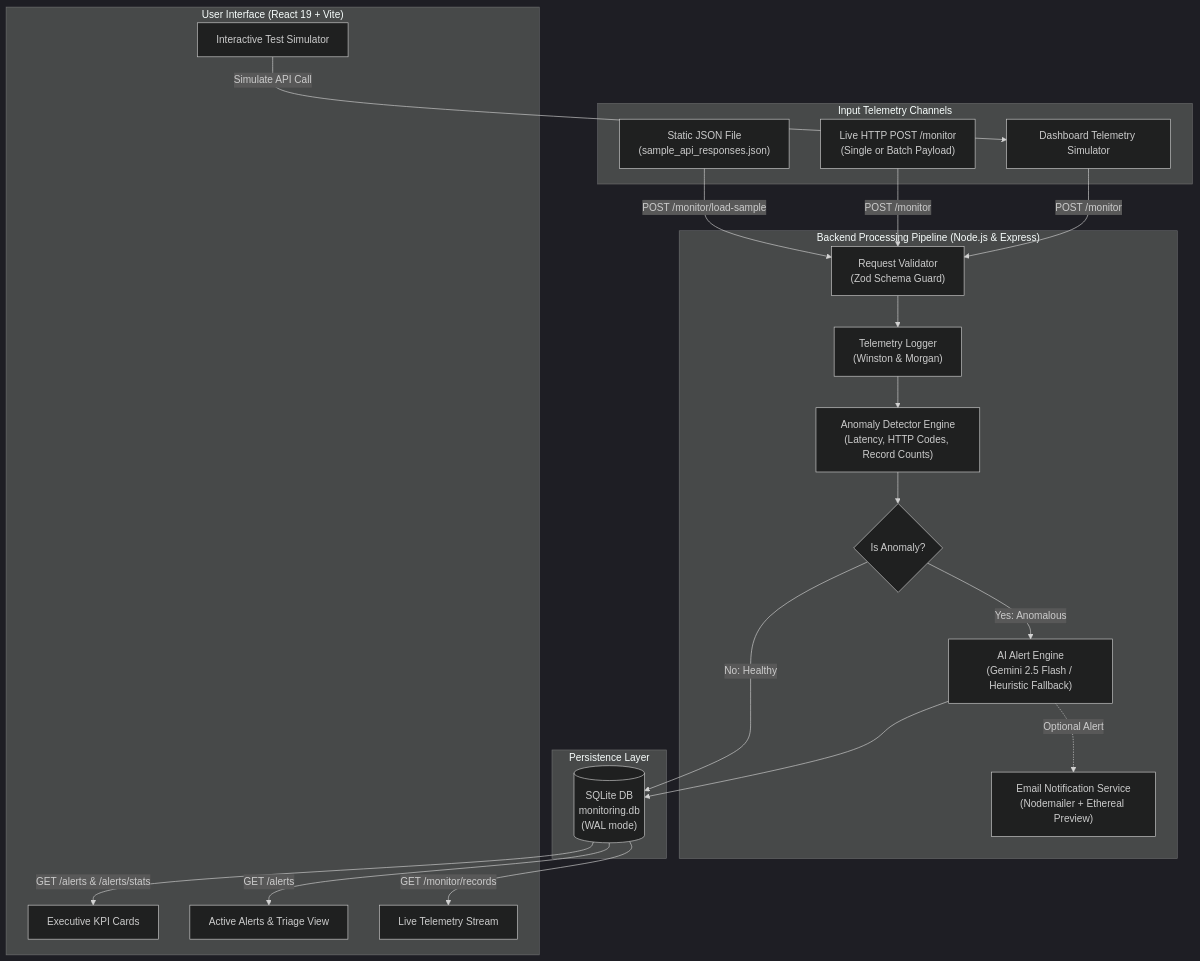
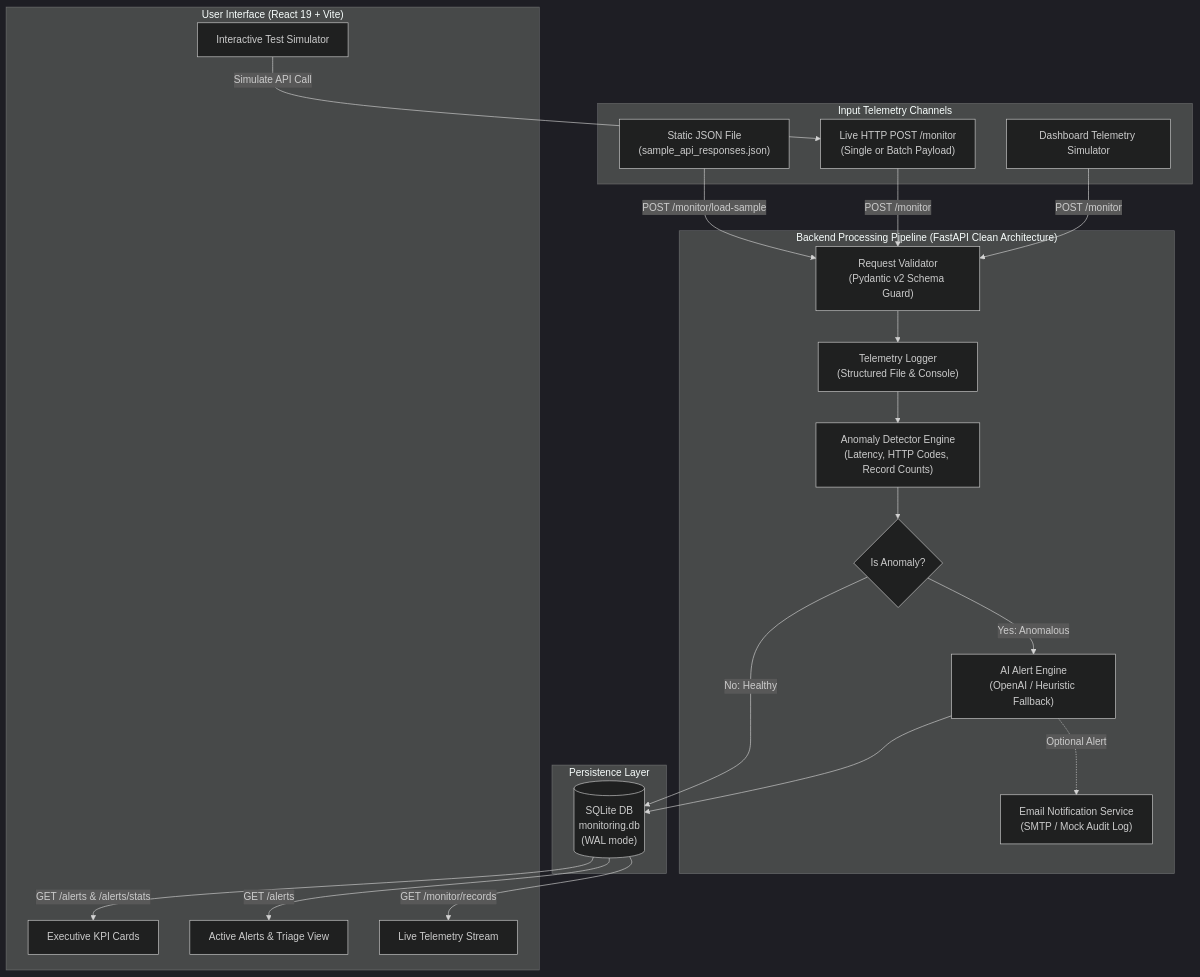
The diagram in README.md (Shah-Abdul-Mazid/Intelligent-API-Monitoring---Alert-System), drawn with Mermaid (dark theme) before and after one commit. The commit also changed other lines of this file and 44 other files, not shown here.

````diff
--- a/README.md
+++ b/README.md
@@ -46,47 +46,47 @@
 ```mermaid
 flowchart TD
     subgraph Inputs ["Input Telemetry Channels"]
         A1["Static JSON File\n(sample_api_responses.json)"]
         A2["Live HTTP POST /monitor\n(Single or Batch Payload)"]
         A3["Dashboard Telemetry Simulator"]
     end
 
-    subgraph Backend ["Backend Processing Pipeline (Node.js & Express)"]
-        B1["Request Validator\n(Zod Schema Guard)"]
-        B2["Telemetry Logger\n(Winston & Morgan)"]
+    subgraph Backend ["Backend Processing Pipeline (FastAPI Clean Architecture)"]
+        B1["Request Validator\n(Pydantic v2 Schema Guard)"]
+        B2["Telemetry Logger\n(Structured File & Console)"]
         B3["Anomaly Detector Engine\n(Latency, HTTP Codes, Record Counts)"]
         B4{"Is Anomaly?"}
-        B5["AI Alert Engine\n(Gemini 2.5 Flash / Heuristic Fallback)"]
-        B6["Email Notification Service\n(Nodemailer + Ethereal Preview)"]
+        B5["AI Alert Engine\n(OpenAI / Heuristic Fallback)"]
+        B6["Email Notification Service\n(SMTP / Mock Audit Log)"]
     end
 
     subgraph Storage ["Persistence Layer"]
         C1[("SQLite DB\nmonitoring.db\n(WAL mode)")]
     end
 
     subgraph Frontend ["User Interface (React 19 + Vite)"]
         D1["Executive KPI Cards"]
         D2["Active Alerts & Triage View"]
         D3["Live Telemetry Stream"]
         D4["Interactive Test Simulator"]
     end
 
     A1 -->|POST /monitor/load-sample| B1
     A2 -->|POST /monitor| B1
     A3 -->|POST /monitor| B1
 
     B1 --> B2
     B2 --> B3
     B3 --> B4
 
     B4 -->|No: Healthy| C1
     B4 -->|Yes: Anomalous| B5
 
     B5 --> C1
     B5 -.->|Optional Alert| B6
 
     C1 -->|GET /alerts & /alerts/stats| D1
     C1 -->|GET /alerts| D2
     C1 -->|GET /monitor/records| D3
-    D4 -->|Simulate API Call| A3
+    D4 -->|Simulate API Call| A2
 ```
````
